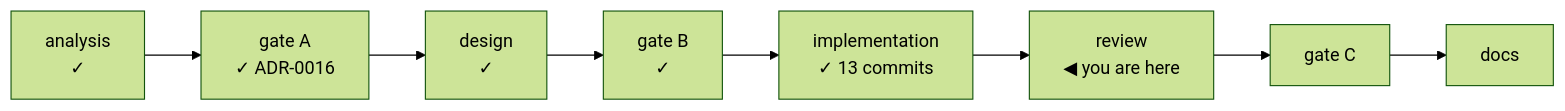
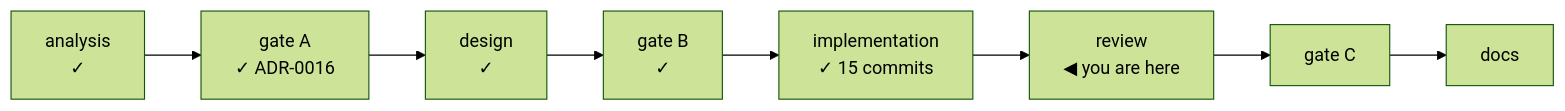
One commit to alergyonthestage/ytdl changed the diagram in docs/handoff-cycle6plus-review.md. Above: the diagram before and after it, drawn with Mermaid (forest theme). The commit also changed other lines of this file and 1 other file, not shown here.

````diff
--- a/docs/handoff-cycle6plus-review.md
+++ b/docs/handoff-cycle6plus-review.md
@@ -14,8 +14,8 @@
 ```mermaid
 flowchart LR
   A["analysis<br/>✓"] --> GA["gate A<br/>✓ ADR-0016"]
   GA --> D["design<br/>✓"] --> GB["gate B<br/>✓"]
-  GB --> I["implementation<br/>✓ 13 commits"]
+  GB --> I["implementation<br/>✓ 15 commits"]
   I --> R["review<br/>◀ you are here"]
   R --> GC["gate C"] --> DOC["docs"]
 ```
````
